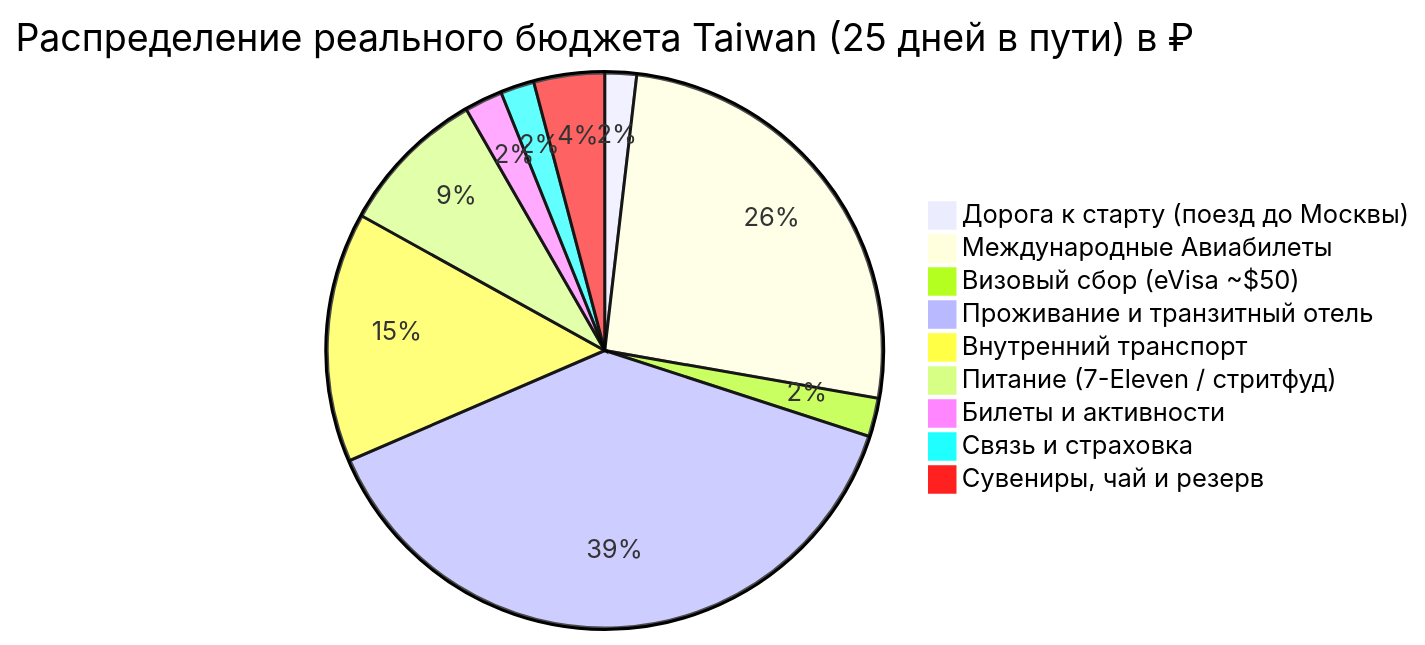
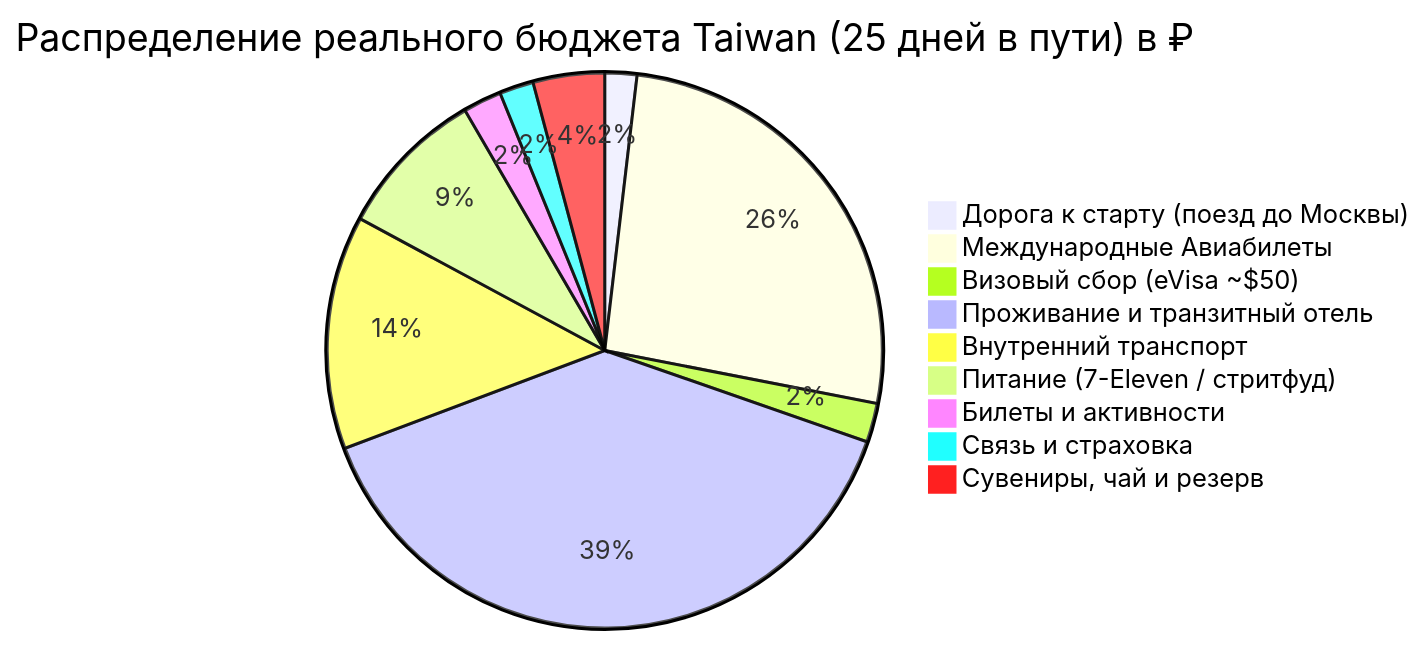
One commit to injurka/obsidian-mark changed the diagram in Personal Note/Travel/-- Taiwan/04 - Финансы/Финансы.md. Above: the diagram before and after it, drawn with Mermaid. The commit also changed other lines of this file and 75 other files, not shown here.

````diff
--- a/Personal Note/Travel/-- Taiwan/04 - Финансы/Финансы.md
+++ b/Personal Note/Travel/-- Taiwan/04 - Финансы/Финансы.md
@@ -14,12 +14,12 @@
 ```mermaid
 pie title Распределение реального бюджета Taiwan (25 дней в пути) в ₽
     "Дорога к старту (поезд до Москвы)" : 3942
     "Международные Авиабилеты" : 55412
     "Визовый сбор (eVisa ~$50)" : 4800
     "Проживание и транзитный отель" : 82357
-    "Внутренний транспорт" : 31075
+    "Внутренний транспорт" : 28755
     "Питание (7-Eleven / стритфуд)" : 18500
     "Билеты и активности" : 4740
     "Связь и страховка" : 4200
     "Сувениры, чай и резерв" : 8800
 ```
````
